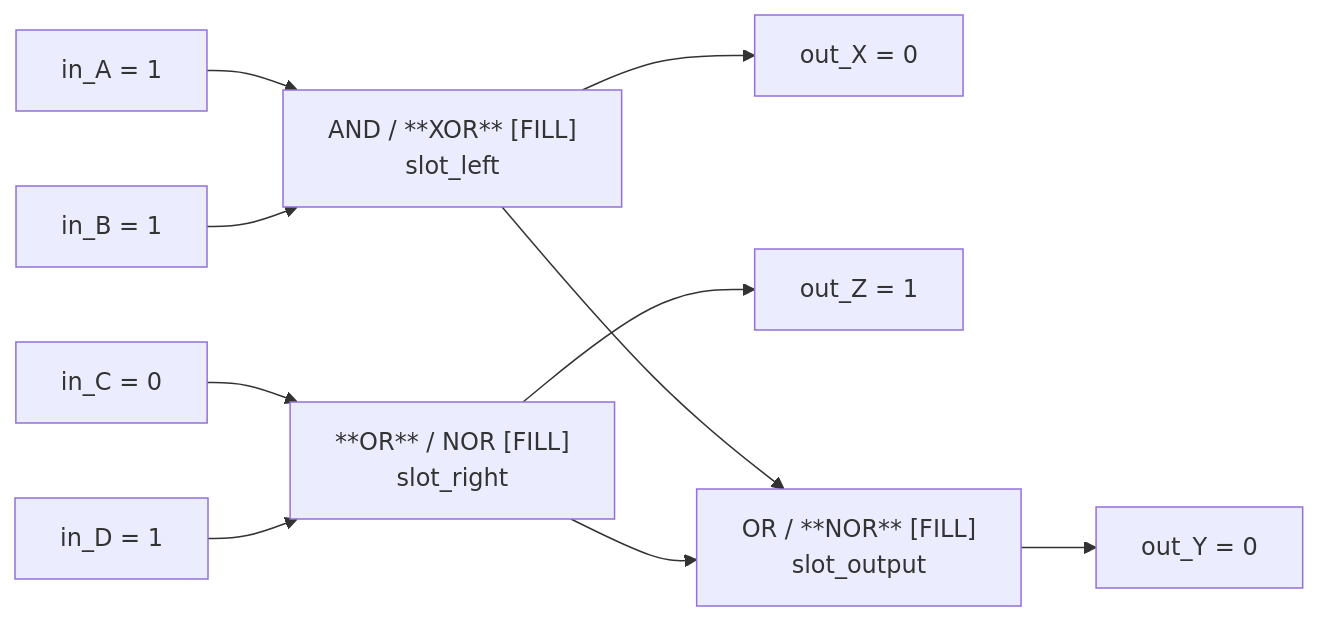
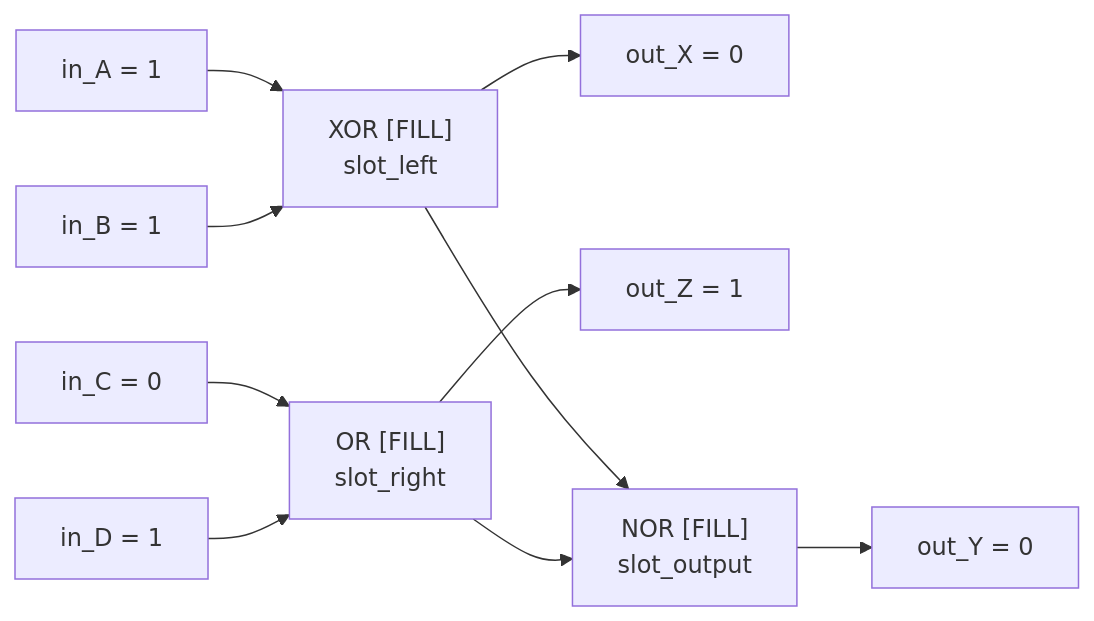
Before and after one commit to zardab/cse110-team25: the sixth of 10 diagrams in docs/level-diagrams.md, drawn with Mermaid. The commit also changed other lines of this file and 12 other files, not shown here.

````diff
--- a/docs/level-diagrams.md
+++ b/docs/level-diagrams.md
@@ -125,12 +126,12 @@
 ```mermaid
 flowchart LR
-  inA["in_A = 1"] --> left["AND / **XOR** [FILL]\nslot_left"]
+  inA["in_A = 1"] --> left["XOR [FILL]\nslot_left"]
   inB["in_B = 1"] --> left
   left --> leftOut["out_X = 0"]
-  inC["in_C = 0"] --> right["**OR** / NOR [FILL]\nslot_right"]
+  inC["in_C = 0"] --> right["OR [FILL]\nslot_right"]
   inD["in_D = 1"] --> right
   right --> rightOut["out_Z = 1"]
-  left --> output["OR / **NOR** [FILL]\nslot_output"]
+  left --> output["NOR [FILL]\nslot_output"]
   right --> output
   output --> out["out_Y = 0"]
 ```
````
